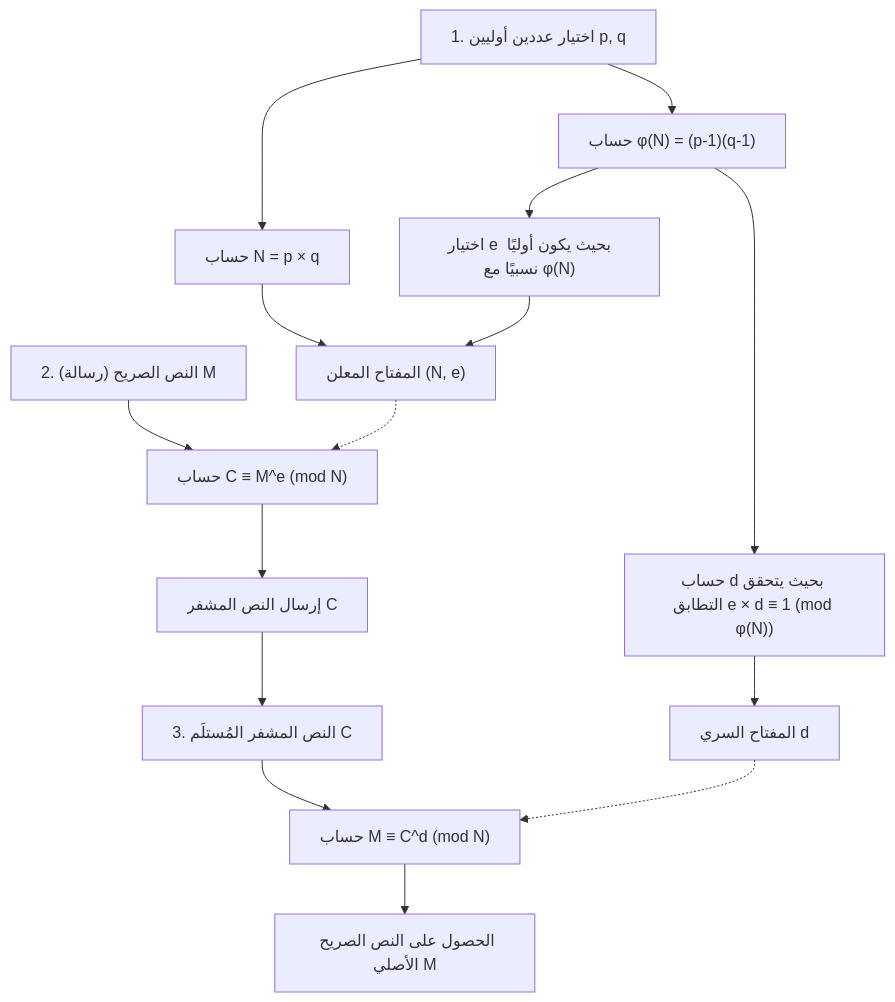
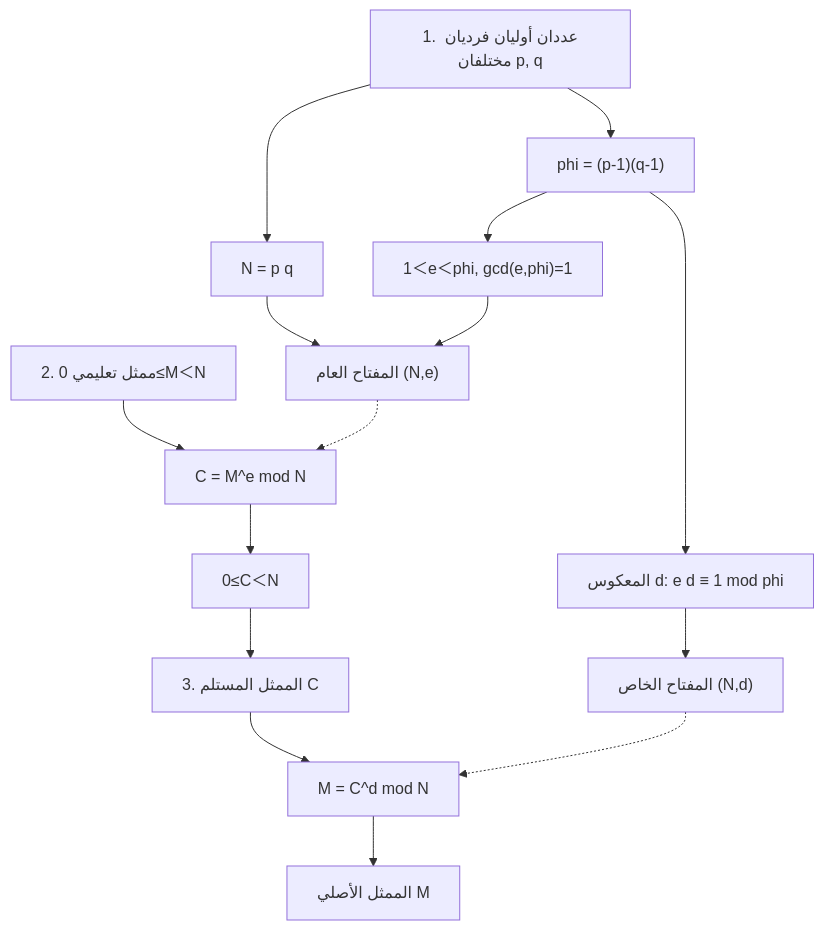
Before and after one commit to kenjinote/blog: the second of 3 diagrams in content/post/rsa暗号の仕組みを高校生でもわかるように説明する/index.ar.md, drawn with Mermaid. The commit also changed other lines of this file and 5 other files, not shown here.

````diff
--- a/content/post/rsa暗号の仕組みを高校生でもわかるように説明する/index.ar.md
+++ b/content/post/rsa暗号の仕組みを高校生でもわかるように説明する/index.ar.md
@@ -164,19 +103,17 @@
 ```mermaid
 flowchart TD
-    A1["1. اختيار عددين أوليين p, q"] --> A2["حساب N = p × q"]
-    A1 --> A3["حساب φ(N) = (p-1)(q-1)"]
-    A3 --> A4["اختيار e بحيث يكون أوليًا نسبيًا مع φ(N)"]
-    A3 --> A5["حساب d بحيث يتحقق التطابق e × d ≡ 1 (mod φ(N))"]
-    A2 --> A6["المفتاح المعلن (N, e)"]
+    A1["1. عددان أوليان فرديان مختلفان p, q"] --> A2["N = p q"]
+    A1 --> A3["phi = (p-1)(q-1)"]
+    A3 --> A4["1＜e＜phi, gcd(e,phi)=1"]
+    A3 --> A5["المعكوس d: e d ≡ 1 mod phi"]
+    A2 --> A6["المفتاح العام (N,e)"]
     A4 --> A6
-    A5 --> A7["المفتاح السري d"]
-    
-    B1["2. النص الصريح (رسالة) M"] --> B2["حساب C ≡ M^e (mod N)"]
+    A5 --> A7["المفتاح الخاص (N,d)"]
+    B1["2. ممثل تعليمي 0≤M＜N"] --> B2["C = M^e mod N"]
     A6 -.-> B2
-    B2 --> B3["إرسال النص المشفر C"]
-    
-    B3 --> C1["3. النص المشفر المُستلَم C"]
-    C1 --> C2["حساب M ≡ C^d (mod N)"]
+    B2 --> B3["0≤C＜N"]
+    B3 --> C1["3. الممثل المستلم C"]
+    C1 --> C2["M = C^d mod N"]
     A7 -.-> C2
-    C2 --> C3["الحصول على النص الصريح الأصلي M"]
+    C2 --> C3["الممثل الأصلي M"]
 ```
````
